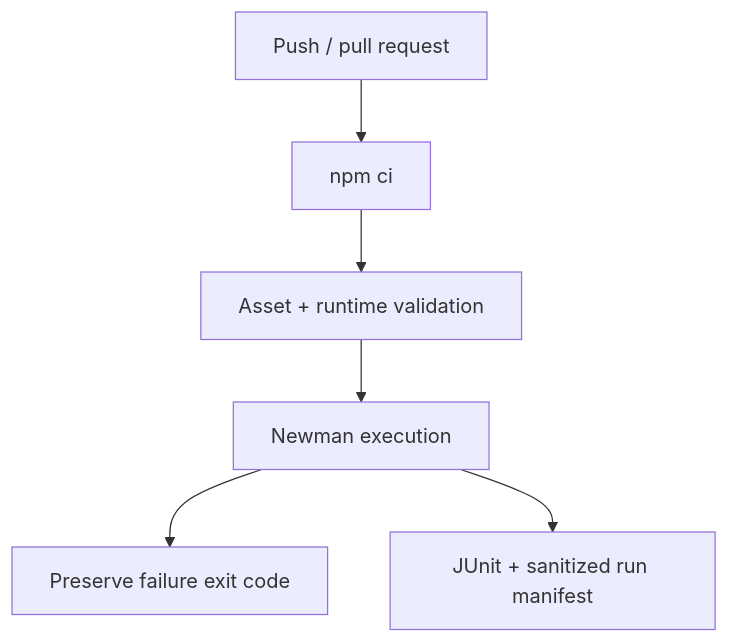
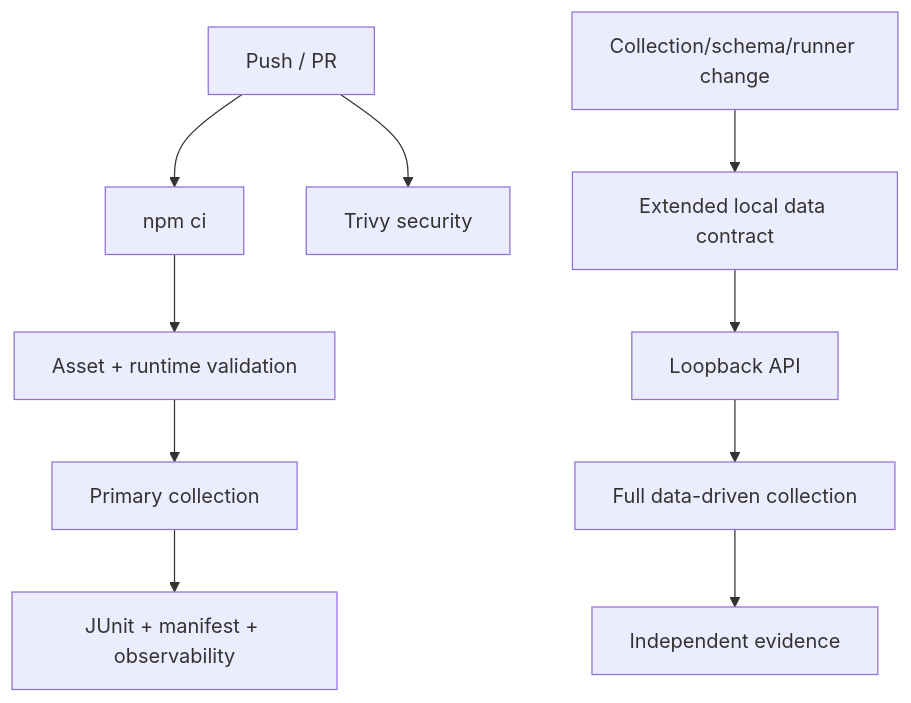
The second of 2 diagrams in README.md (portyu9/qa-automation-api-postman-newman), drawn with Mermaid before and after one commit. The commit also changed other lines of this file and 6 other files, not shown here.

````diff
--- a/README.md
+++ b/README.md
@@ -227,8 +276,12 @@
 ```mermaid
 flowchart TD
-    PR[Push / pull request] --> INSTALL[npm ci]
+    PR[Push / PR] --> INSTALL[npm ci]
     INSTALL --> VALIDATE[Asset + runtime validation]
-    VALIDATE --> NEWMAN[Newman execution]
-    NEWMAN --> EXIT[Preserve failure exit code]
-    NEWMAN --> REPORTS[JUnit + sanitized run manifest]
+    VALIDATE --> NEWMAN[Primary collection]
+    NEWMAN --> REPORT[JUnit + manifest + observability]
+    PR --> SEC[Trivy security]
+    APICHANGE[Collection/schema/runner change] --> EXT[Extended local data contract]
+    EXT --> LOCAL[Loopback API]
+    LOCAL --> FULL[Full data-driven collection]
+    FULL --> REPORT2[Independent evidence]
 ```
````
